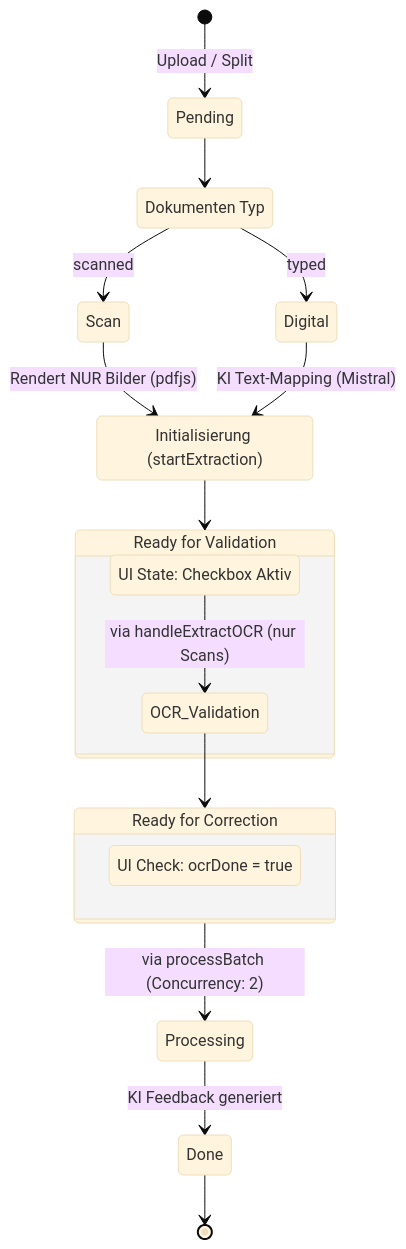
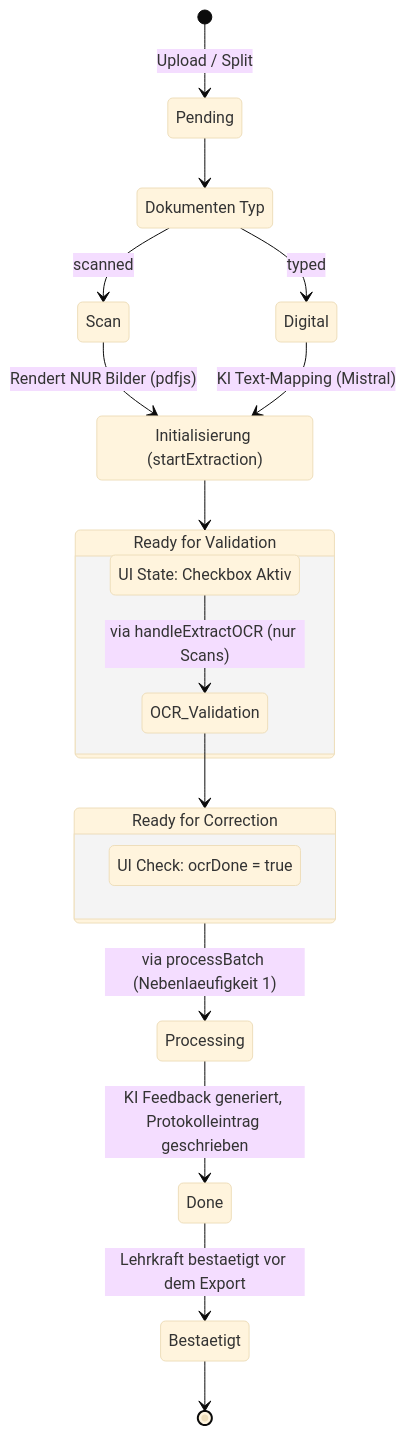
The diagram in docs/technical/batch-processing-lifecycle.md (koreki-org/koreki), drawn with Mermaid (base theme) before and after one commit. The commit also changed other lines of this file and 9 other files, not shown here.

````diff
--- a/docs/technical/batch-processing-lifecycle.md
+++ b/docs/technical/batch-processing-lifecycle.md
@@ -29,30 +32,30 @@
 ```mermaid
 stateDiagram-v2
     [*] --> Pending : Upload / Split
     
     state "Dokumenten Typ" as DocType
     Pending --> DocType
     DocType --> Digital : typed
     DocType --> Scan : scanned
 
     state "Initialisierung (startExtraction)" as Init
     Scan --> Init : Rendert NUR Bilder (pdfjs)
     Digital --> Init : KI Text-Mapping (Mistral)
     
     state "Ready for Validation" as ReadyValidate {
         state "UI State: Checkbox Aktiv" as Checkbox
         Checkbox --> OCR_Validation : via handleExtractOCR (nur Scans)
     }
     
     Init --> ReadyValidate
     
     state "Ready for Correction" as ReadyCorrect {
        state "UI Check: ocrDone = true" as OcrCheck
     }
     
     OCR_Validation --> ReadyCorrect
-    ReadyCorrect --> Processing : via processBatch (Concurrency: 2)
-    Processing --> Done : KI Feedback generiert
-    
-    Done --> [*]
+    ReadyCorrect --> Processing : via processBatch (Nebenlaeufigkeit 1)
+    Processing --> Done : KI Feedback generiert, Protokolleintrag geschrieben
+    Done --> Bestaetigt : Lehrkraft bestaetigt vor dem Export
+    Bestaetigt --> [*]
 ```
````
